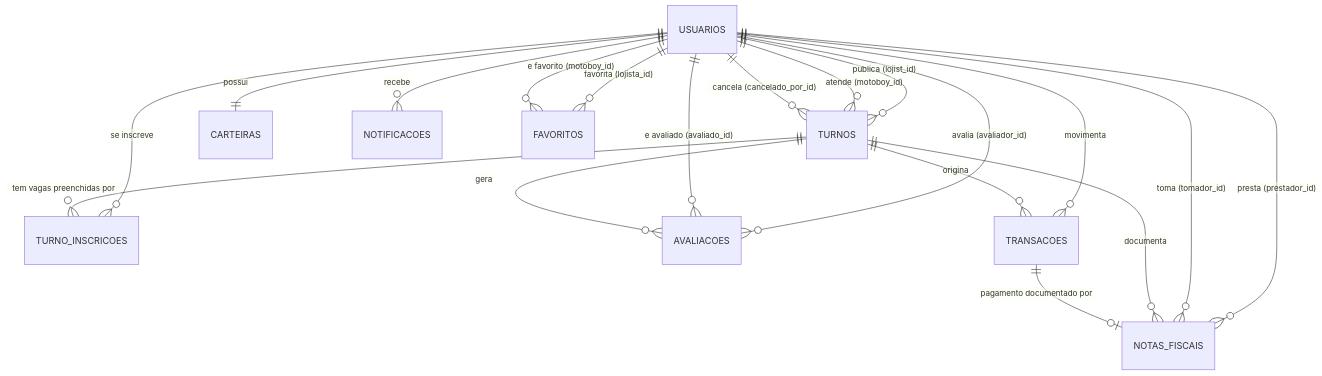
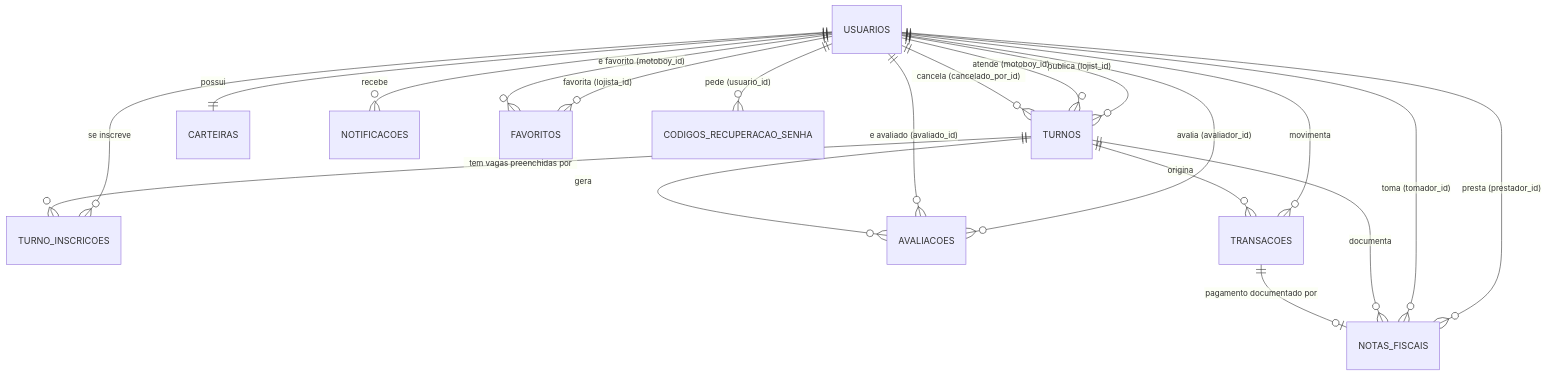
The diagram in docs/DER/DER_MotoShift.md (matheus-silverio-silva/motoshift), drawn with Mermaid before and after one commit. The commit also changed other lines of this file and 36 other files, not shown here.

````diff
--- a/docs/DER/DER_MotoShift.md
+++ b/docs/DER/DER_MotoShift.md
@@ -15,21 +15,22 @@
 ```mermaid
 erDiagram
     USUARIOS ||--o{ TURNOS : "publica (lojist_id)"
     USUARIOS ||--o{ TURNOS : "atende (motoboy_id)"
     USUARIOS ||--|| CARTEIRAS : "possui"
     USUARIOS ||--o{ TURNO_INSCRICOES : "se inscreve"
     USUARIOS ||--o{ AVALIACOES : "avalia (avaliador_id)"
     USUARIOS ||--o{ AVALIACOES : "e avaliado (avaliado_id)"
     USUARIOS ||--o{ TRANSACOES : "movimenta"
     USUARIOS ||--o{ NOTIFICACOES : "recebe"
     USUARIOS ||--o{ NOTAS_FISCAIS : "presta (prestador_id)"
     USUARIOS ||--o{ NOTAS_FISCAIS : "toma (tomador_id)"
     TURNOS   ||--o{ TURNO_INSCRICOES : "tem vagas preenchidas por"
     TURNOS   ||--o{ AVALIACOES : "gera"
     TURNOS   ||--o{ TRANSACOES : "origina"
     TURNOS   ||--o{ NOTAS_FISCAIS : "documenta"
     TRANSACOES ||--o| NOTAS_FISCAIS : "pagamento documentado por"
     USUARIOS ||--o{ FAVORITOS : "favorita (lojista_id)"
     USUARIOS ||--o{ TURNOS : "cancela (cancelado_por_id)"
     USUARIOS ||--o{ FAVORITOS : "e favorito (motoboy_id)"
+    USUARIOS ||--o{ CODIGOS_RECUPERACAO_SENHA : "pede (usuario_id)"
 ```
````
